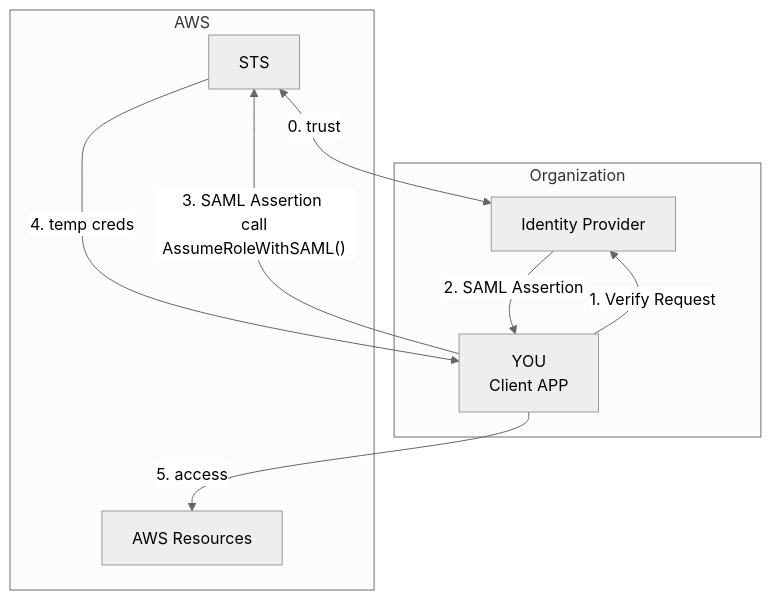
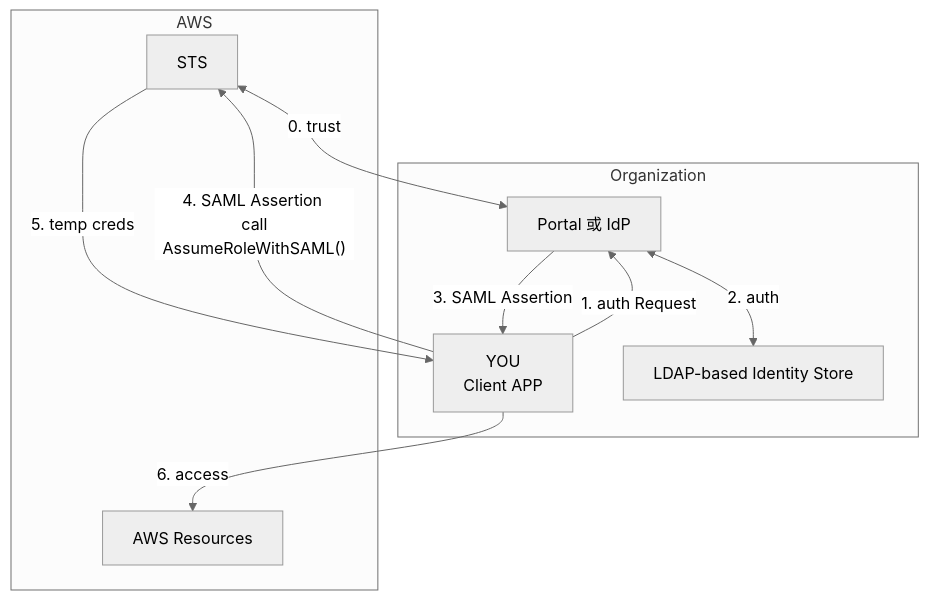
Before and after one commit to cool21540125/documentation-notes: the third of 11 diagrams in aws/iam.md, drawn with Mermaid (neutral theme). The commit also changed other lines of this file and 8 other files, not shown here.

````diff
--- a/aws/iam.md
+++ b/aws/iam.md
@@ -290,19 +299,20 @@
 ```mermaid
 flowchart TB
 
 STS <-- "0. trust" --> IdP;
 
 subgraph org["Organization"]
     user["YOU \n Client APP"]
-    user -- "1. Verify Request" --> IdP["Identity Provider"]
-    IdP -- "2. SAML Assertion" --> user;
+    user -- "1. auth Request" --> IdP["Portal 或 IdP"];
+    IdP <-- 2. auth --> ldap["LDAP-based Identity Store"];
+    IdP -- "3. SAML Assertion" --> user;
 end
 subgraph AWS
     STS
     rr["AWS Resources"]
 end
 
-user -- "3. SAML Assertion \n call AssumeRoleWithSAML()" --> STS;
-STS -- "4. temp creds" --> user;
-user -- "5. access" --> rr
+user -- "4. SAML Assertion \n call AssumeRoleWithSAML()" --> STS;
+STS -- "5. temp creds" --> user;
+user -- "6. access" --> rr
 ```
````
